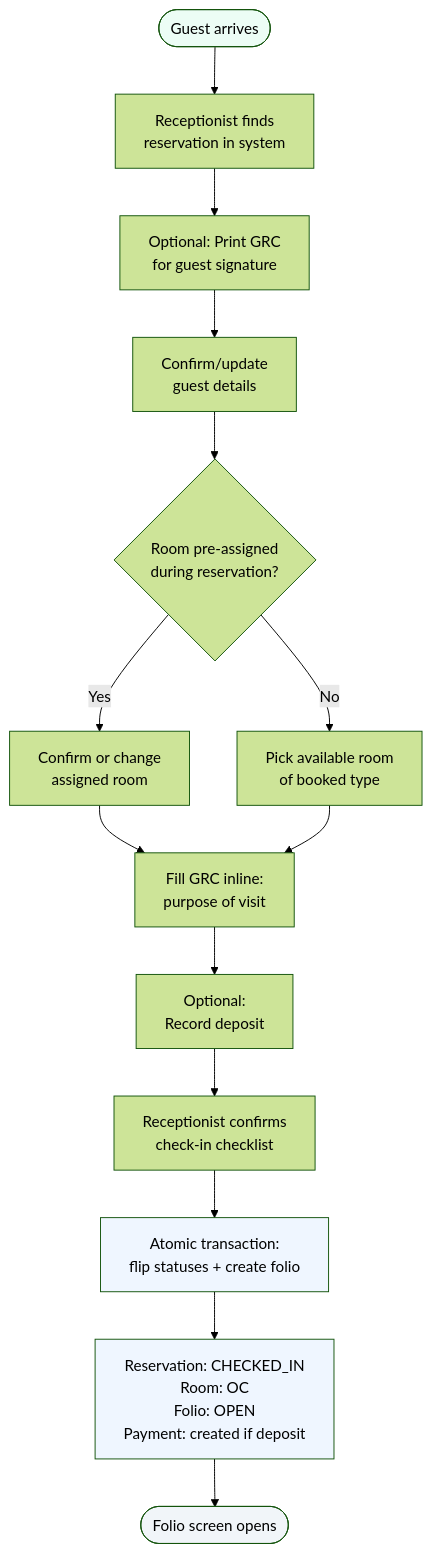
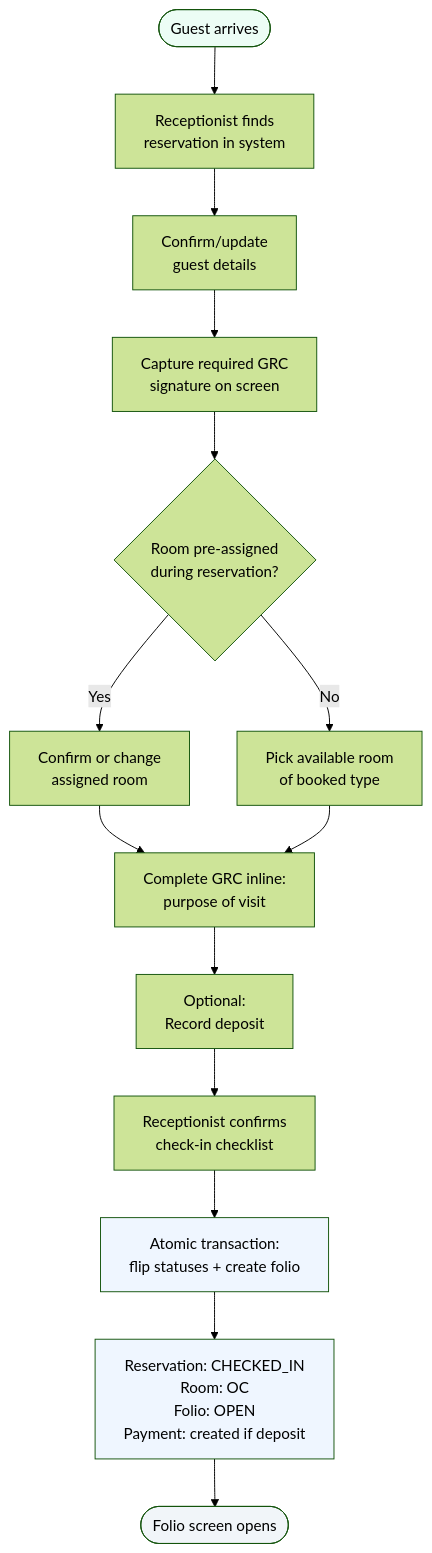
Before and after one commit to nurmareko/zadd-hotel-pms: the third of 9 diagrams in docs/business_process_mvp.md, drawn with Mermaid (forest theme). The commit also changed other lines of this file and 8 other files, not shown here.

````diff
--- a/docs/business_process_mvp.md
+++ b/docs/business_process_mvp.md
@@ -70,21 +70,21 @@
 ```mermaid
 flowchart TD
     A([Guest arrives]) --> B[Receptionist finds<br/>reservation in system]
-    B --> C[Optional: Print GRC<br/>for guest signature]
-    C --> D[Confirm/update<br/>guest details]
+    B --> C[Confirm/update<br/>guest details]
+    C --> D[Capture required GRC<br/>signature on screen]
     D --> E{Room pre-assigned<br/>during reservation?}
     E -->|Yes| F[Confirm or change<br/>assigned room]
     E -->|No| G[Pick available room<br/>of booked type]
-    F --> H[Fill GRC inline:<br/>purpose of visit]
+    F --> H[Complete GRC inline:<br/>purpose of visit]
     G --> H
     H --> I[Optional:<br/>Record deposit]
     I --> J[Receptionist confirms<br/>check-in checklist]
     J --> K[Atomic transaction:<br/>flip statuses + create folio]
     K --> L[Reservation: CHECKED_IN<br/>Room: OC<br/>Folio: OPEN<br/>Payment: created if deposit]
     L --> M([Folio screen opens])
 
     style A fill:#ecfdf5
     style K fill:#eff6ff
     style L fill:#eff6ff
     style M fill:#f1f5f9
 ```
````
